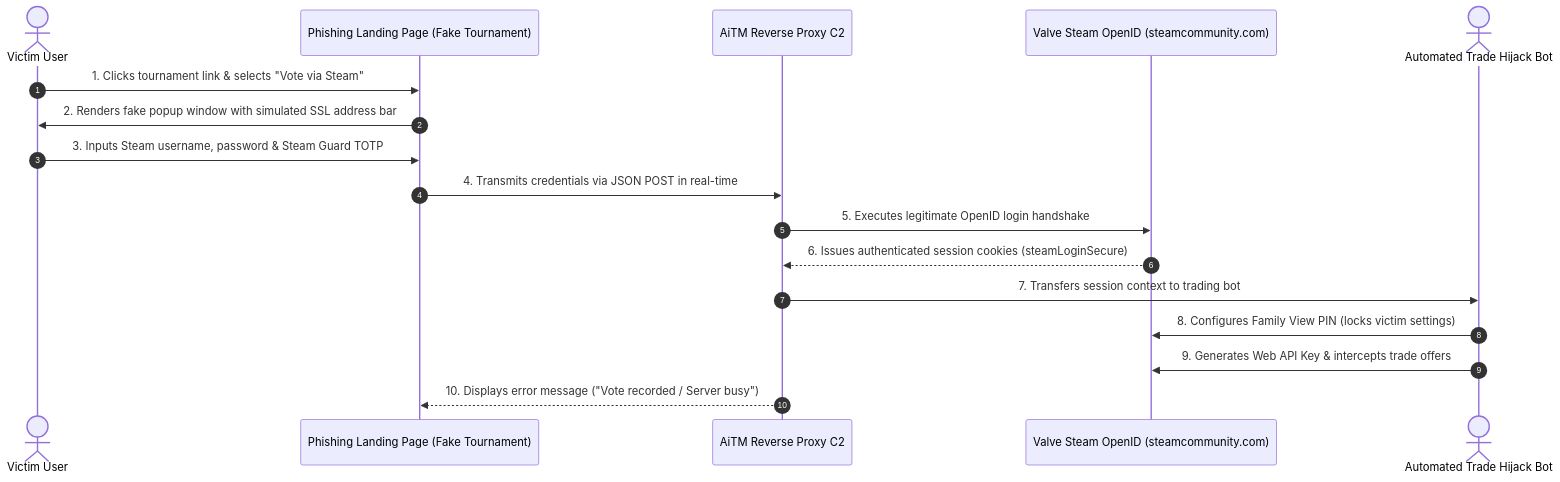
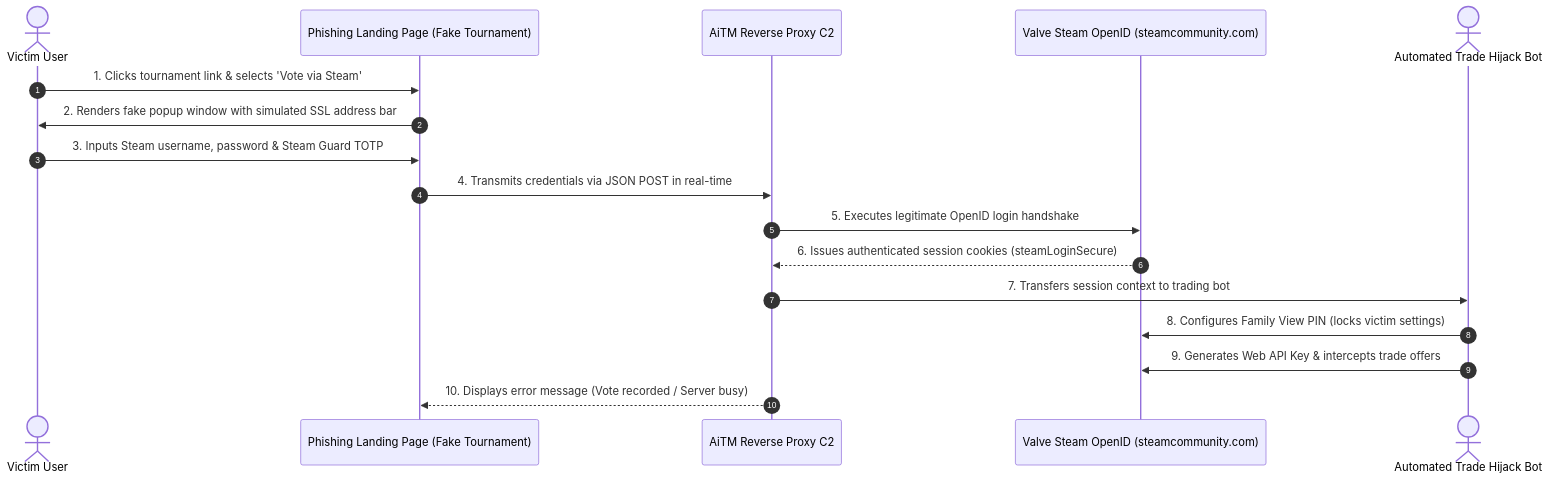
Before and after one commit to stefanutc1/datacenter: the diagram in cyber/openid-mitm-phishing-forensics/case_study.md, drawn with Mermaid. The commit also changed 6 other files, not shown here.

First line of the commit message:
fix(docs): repair broken Mermaid diagram syntax across markdown files

````diff
--- a/cyber/openid-mitm-phishing-forensics/case_study.md
+++ b/cyber/openid-mitm-phishing-forensics/case_study.md
@@ -20,20 +20,20 @@
 ```mermaid
 sequenceDiagram
  autonumber
  actor Victim as Victim User
  participant FakeSite as Phishing Landing Page (Fake Tournament)
  participant AttackerProxy as AiTM Reverse Proxy C2
  participant SteamAuth as Valve Steam OpenID (steamcommunity.com)
  actor AttackerBot as Automated Trade Hijack Bot
 
- Victim->>FakeSite: 1. Clicks tournament link & selects "Vote via Steam"
- FakeSite->>Victim: 2. Renders fake popup window with simulated SSL address bar
- Victim->>FakeSite: 3. Inputs Steam username, password & Steam Guard TOTP
- FakeSite->>AttackerProxy: 4. Transmits credentials via JSON POST in real-time
- AttackerProxy->>SteamAuth: 5. Executes legitimate OpenID login handshake
- SteamAuth-->>AttackerProxy: 6. Issues authenticated session cookies (steamLoginSecure)
- AttackerProxy->>AttackerBot: 7. Transfers session context to trading bot
- AttackerBot->>SteamAuth: 8. Configures Family View PIN (locks victim settings)
- AttackerBot->>SteamAuth: 9. Generates Web API Key & intercepts trade offers
- AttackerProxy-->>FakeSite: 10. Displays error message ("Vote recorded / Server busy")
+    Victim->>FakeSite: 1. Clicks tournament link & selects 'Vote via Steam'
+    FakeSite->>Victim: 2. Renders fake popup window with simulated SSL address bar
+    Victim->>FakeSite: 3. Inputs Steam username, password & Steam Guard TOTP
+    FakeSite->>AttackerProxy: 4. Transmits credentials via JSON POST in real-time
+    AttackerProxy->>SteamAuth: 5. Executes legitimate OpenID login handshake
+    SteamAuth-->>AttackerProxy: 6. Issues authenticated session cookies (steamLoginSecure)
+    AttackerProxy->>AttackerBot: 7. Transfers session context to trading bot
+    AttackerBot->>SteamAuth: 8. Configures Family View PIN (locks victim settings)
+    AttackerBot->>SteamAuth: 9. Generates Web API Key & intercepts trade offers
+    AttackerProxy-->>FakeSite: 10. Displays error message (Vote recorded / Server busy)
 ```
````
